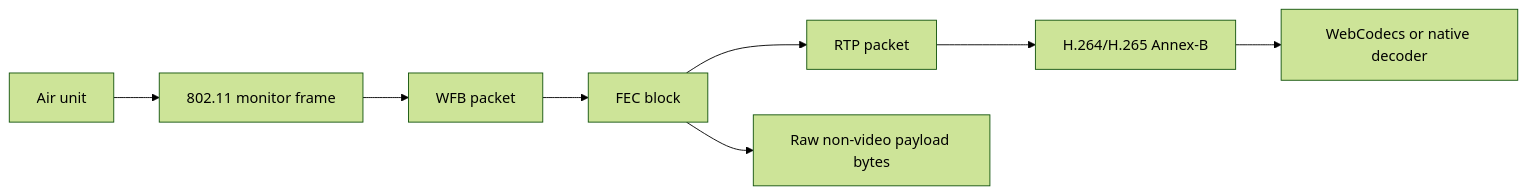
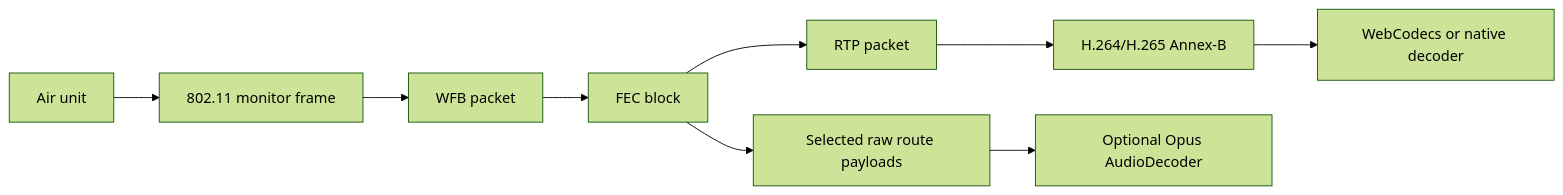
Before and after one commit to neelsani/openipc-rs: the first of 2 diagrams in docs/docs/video-pipeline.md, drawn with Mermaid (forest theme). The commit also changed other lines of this file and 83 other files, not shown here.

First line of the commit message:
Add routed payload pipeline and mixed RTP audio

````diff
--- a/docs/docs/video-pipeline.md
+++ b/docs/docs/video-pipeline.md
@@ -11,10 +11,11 @@
 ```mermaid
 flowchart LR
     Air["Air unit"] --> Wifi["802.11 monitor frame"]
     Wifi --> Wfb["WFB packet"]
     Wfb --> Fec["FEC block"]
     Fec --> Rtp["RTP packet"]
     Rtp --> Video["H.264/H.265 Annex-B"]
     Video --> Decode["WebCodecs or native decoder"]
-    Fec --> Raw["Raw non-video payload bytes"]
+    Fec --> Raw["Selected raw route payloads"]
+    Raw --> Audio["Optional Opus AudioDecoder"]
 ```
````
